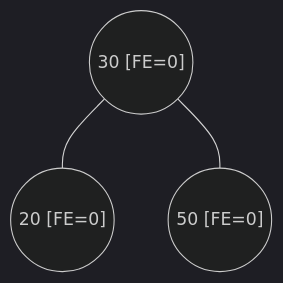
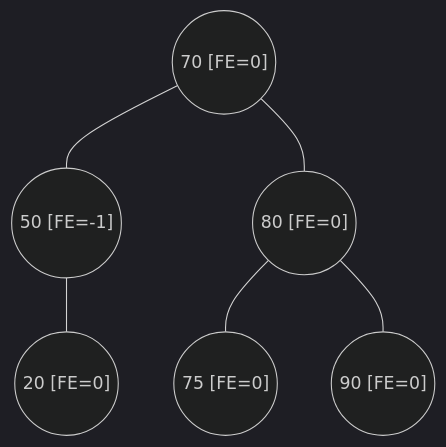
One commit to frijolitobandido/Guia_Matematica_Discreta changed diagram 31 of 34 in 03-arboles.md. Above: the diagram before and after it, drawn with Mermaid (dark theme). The commit also changed other lines of this file, not shown here.

````diff
--- a/03-arboles.md
+++ b/03-arboles.md
@@ -695,5 +768,8 @@
 ```mermaid
 graph TD
-    l1(("30 [FE=0]")) --- l2(("20 [FE=0]"))
-    l1 --- l3(("50 [FE=0]"))
+    l1(("70 [FE=0]")) --- l2(("50 [FE=-1]"))
+    l1 --- l3(("80 [FE=0]"))
+    l2 --- l4(("20 [FE=0]"))
+    l3 --- l5(("75 [FE=0]"))
+    l3 --- l6(("90 [FE=0]"))
 ```
````
